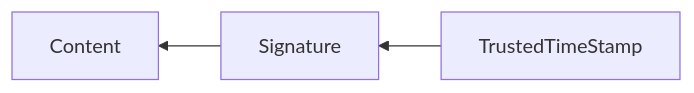
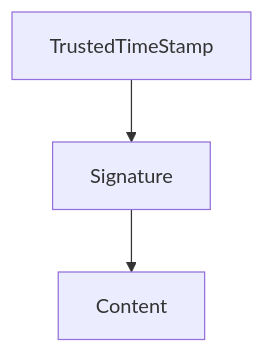
The diagram in notes/dweb/workshop1.md (sergey-shandar/public), drawn with Mermaid before and after one commit.

````diff
--- a/notes/dweb/workshop1.md
+++ b/notes/dweb/workshop1.md
@@ -67,4 +67,4 @@
 ```mermaid
-graph RL
+graph TD
     TrustedTimeStamp --> Signature --> Content
 ```
````
